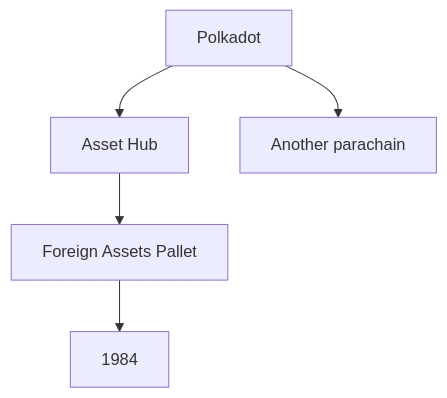
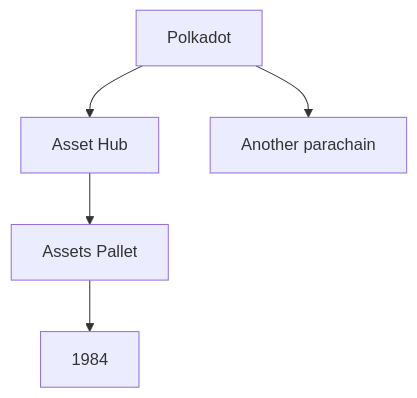
The diagram in polkadot/xcm/docs/mermaid/usdt_location.mmd (paritytech/polkadot-sdk), drawn with Mermaid before and after one commit. The commit also changed 6 other files, not shown here.

Commit message:
doc(xcm-docs): more explanations and diagrams

```diff
--- a/polkadot/xcm/docs/mermaid/usdt_location.mmd
+++ b/polkadot/xcm/docs/mermaid/usdt_location.mmd
@@ -1,6 +1,6 @@
 flowchart
 	relay[Polkadot] --> assetHub["Asset Hub"]
 	relay --> anotherPara["Another parachain"]
 
-	assetHub --> assetsPallet["Foreign Assets Pallet"]
+	assetHub --> assetsPallet["Assets Pallet"]
 	assetsPallet --> usdt[1984]
```
